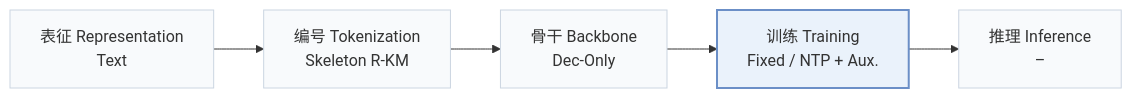
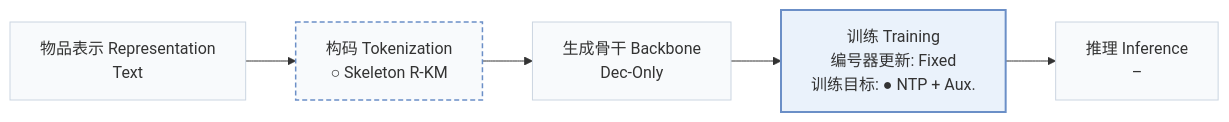
The first of 2 diagrams in pages/zh/papers/ghost.md (Galaxy-ghost/Awesome-SID-Generative-Rec), drawn with Mermaid before and after one commit. The commit also changed other lines of this file and 558 other files, not shown here.

````diff
--- a/pages/zh/papers/ghost.md
+++ b/pages/zh/papers/ghost.md
@@ -15,8 +18,10 @@
 ```mermaid
 flowchart LR
-    R["表征 Representation<br/>Text"] --> T["编号 Tokenization<br/>Skeleton R-KM"] --> B["骨干 Backbone<br/>Dec-Only"] --> TR["训练 Training<br/>Fixed / NTP + Aux."] --> I["推理 Inference<br/>–"]
+    R["物品表示 Representation<br/>Text"] --> T["构码 Tokenization<br/>○ Skeleton R-KM"] --> B["生成骨干 Backbone<br/>Dec-Only"] --> TR["训练 Training<br/>编号器更新: Fixed<br/>训练目标: ● NTP + Aux."] --> I["推理 Inference<br/>–"]
     classDef base fill:#f8fafc,stroke:#cbd5e1
     class R,T,B,TR,I base
+    classDef other fill:#f8fafc,stroke:#6b8fc7,stroke-width:1.5px,stroke-dasharray:5 3
+    class T other
     classDef main fill:#eaf2fb,stroke:#6b8fc7,stroke-width:2px
     class TR main
 ```
````
